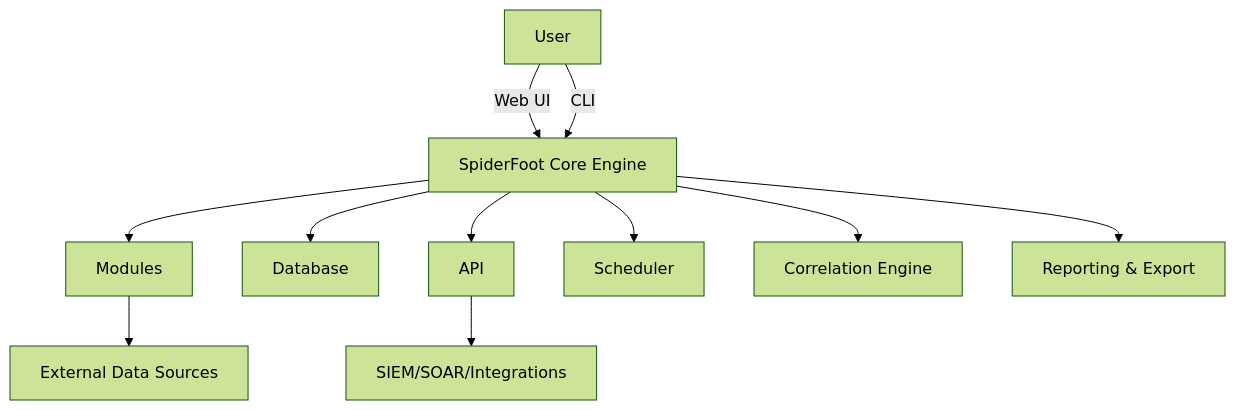
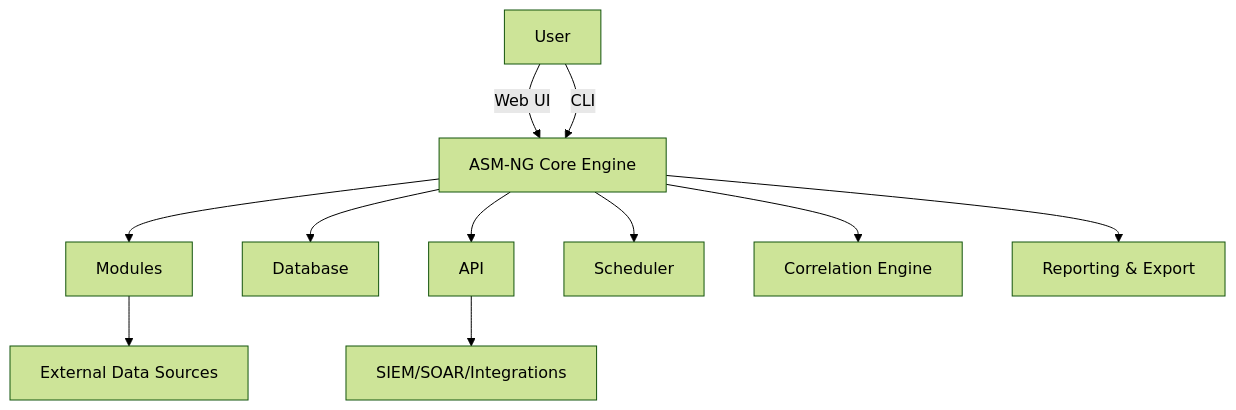
One commit to 0x31i/asm-ng changed the first of 3 diagrams in README.md. Above: the diagram before and after it, drawn with Mermaid (forest theme). The commit also changed other lines of this file and 40 other files, not shown here.

````diff
--- a/README.md
+++ b/README.md
@@ -25,13 +25,13 @@
 ```mermaid
 graph TD;
-    A[User] -->|Web UI| B[SpiderFoot Core Engine];
+    A[User] -->|Web UI| B[ASM-NG Core Engine];
     A -->|CLI| B;
     B --> C[Modules];
     B --> D[Database];
     B --> E[API];
     C --> F[External Data Sources];
     E --> G[SIEM/SOAR/Integrations];
     B --> H[Scheduler];
     B --> I[Correlation Engine];
     B --> J[Reporting & Export];
 ```
````
